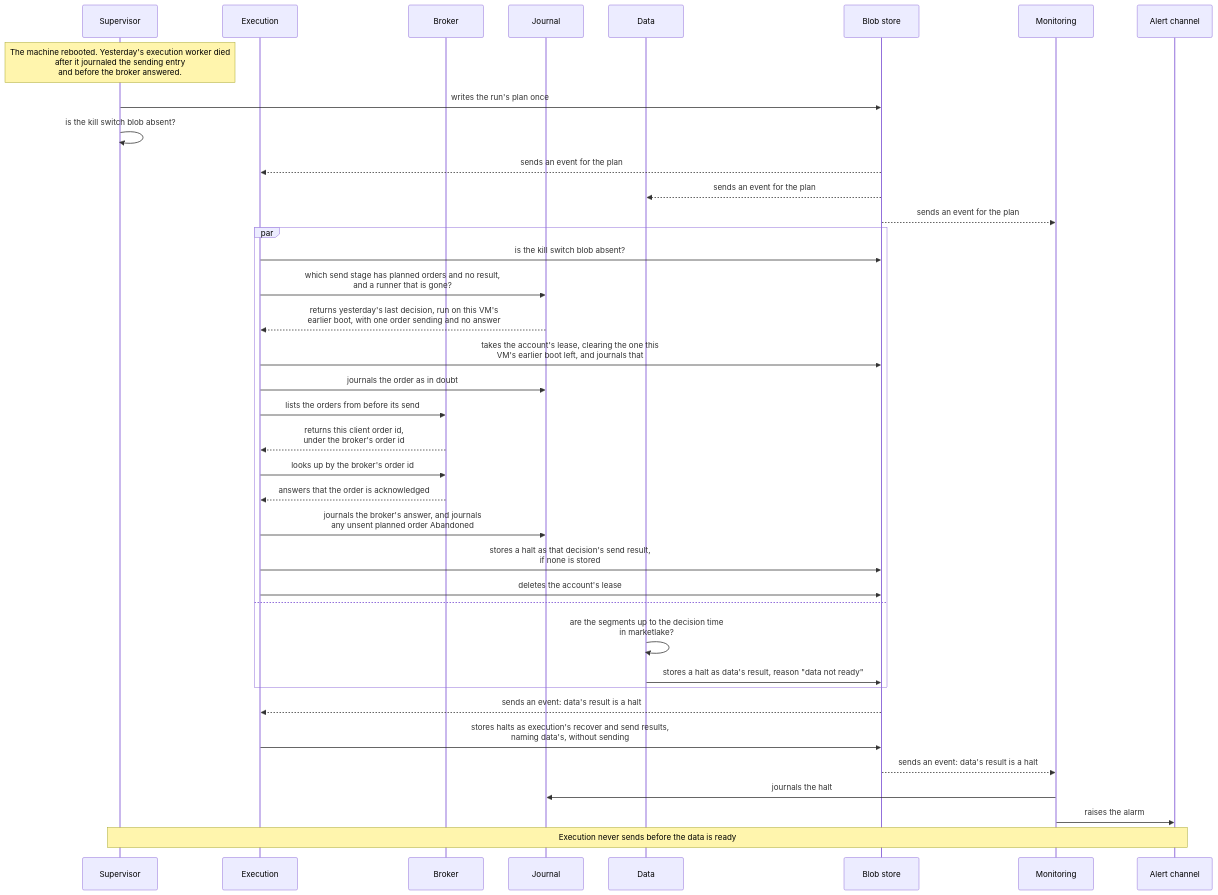
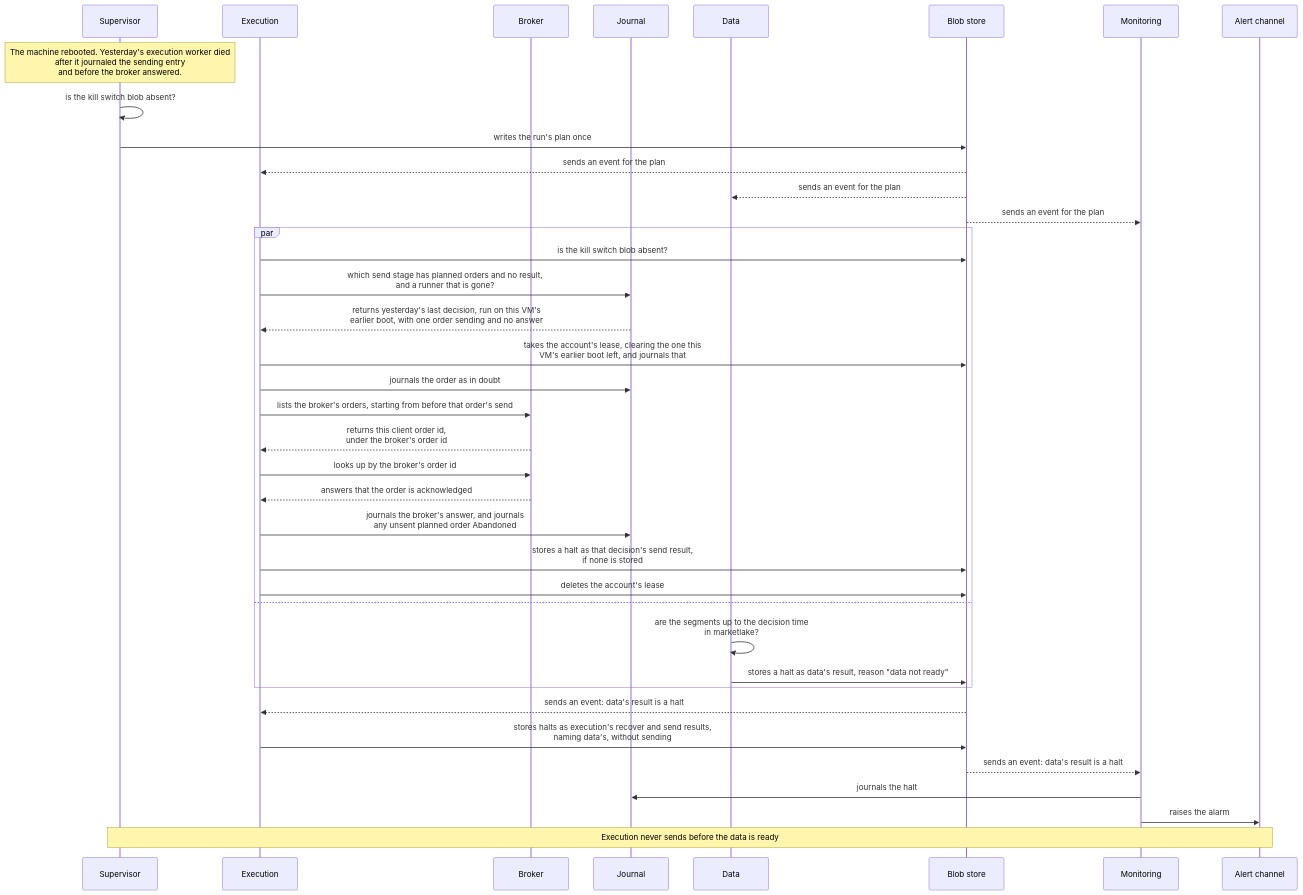
One commit to l3a0/ithildin-runtime changed diagram 22 of 35 in docs/architecture.md. Above: the diagram before and after it, drawn with Mermaid. The commit also changed other lines of this file and 2 other files, not shown here.

First line of the commit message:
docs: answer the review of the diagram words

````diff
--- a/docs/architecture.md
+++ b/docs/architecture.md
@@ -1242,41 +1242,41 @@
 ```mermaid
 sequenceDiagram
     participant V as Supervisor
     participant X as Execution
     participant B as Broker
     participant J as Journal
     participant D as Data
     participant F as Blob store
     participant M as Monitoring
     participant L as Alert channel
 
     Note over V: The machine rebooted. Yesterday's execution worker died<br/>after it journaled the sending entry<br/>and before the broker answered.
+    V->>V: is the kill switch blob absent?
     V->>F: writes the run's plan once
-    V->>V: is the kill switch blob absent?
     F-->>X: sends an event for the plan
     F-->>D: sends an event for the plan
     F-->>M: sends an event for the plan
     par
         X->>F: is the kill switch blob absent?
         X->>J: which send stage has planned orders and no result,<br/>and a runner that is gone?
         J-->>X: returns yesterday's last decision, run on this VM's<br/>earlier boot, with one order sending and no answer
         X->>F: takes the account's lease, clearing the one this<br/>VM's earlier boot left, and journals that
         X->>J: journals the order as in doubt
-        X->>B: lists the orders from before its send
+        X->>B: lists the broker's orders, starting from before that order's send
         B-->>X: returns this client order id,<br/>under the broker's order id
         X->>B: looks up by the broker's order id
         B-->>X: answers that the order is acknowledged
         X->>J: journals the broker's answer, and journals<br/>any unsent planned order Abandoned
         X->>F: stores a halt as that decision's send result,<br/>if none is stored
         X->>F: deletes the account's lease
     and
         D->>D: are the segments up to the decision time<br/>in marketlake?
         D->>F: stores a halt as data's result, reason "data not ready"
     end
     F-->>X: sends an event: data's result is a halt
     X->>F: stores halts as execution's recover and send results,<br/>naming data's, without sending
     F-->>M: sends an event: data's result is a halt
     M->>J: journals the halt
     M->>L: raises the alarm
     Note over V,L: Execution never sends before the data is ready
 ```
````
